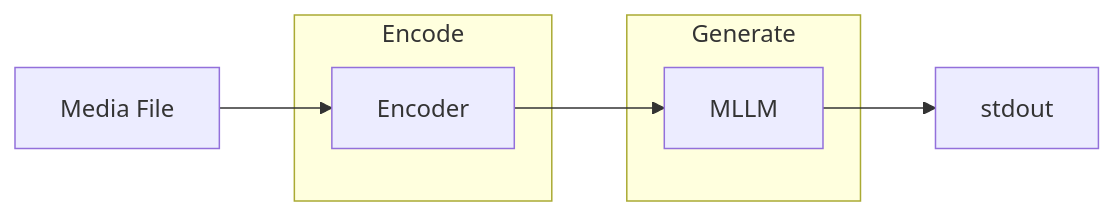
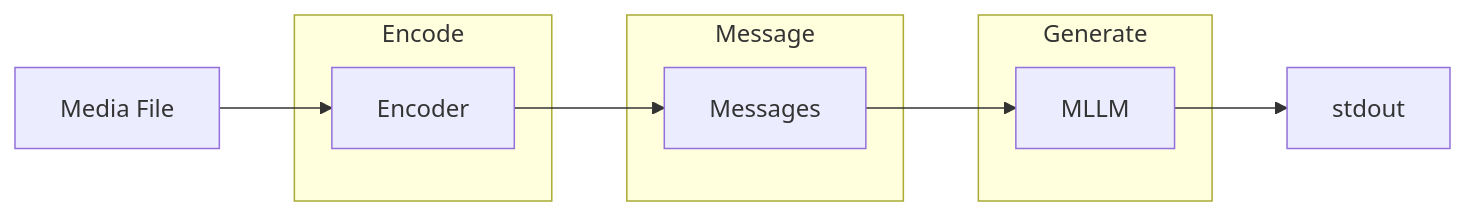
One commit to vlm-run/mm changed the diagram in docs/PIPELINES.md. Above: the diagram before and after it, drawn with Mermaid. The commit also changed 1 other file, not shown here.

Commit message:
use a message block with subgroups

````diff
--- a/docs/PIPELINES.md
+++ b/docs/PIPELINES.md
@@ -6,16 +6,20 @@
 ```mermaid
 graph LR
   file["Media File"]
 
   subgraph encode ["Encode"]
     encoder["Encoder"]
   end
 
+  subgraph message ["Message"]
+    msg["Messages"]
+  end
+
   subgraph generate ["Generate"]
     llm["MLLM"]
   end
 
   out["stdout"]
 
-  file --> encoder --> llm --> out
+  file --> encoder --> msg --> llm --> out
 ```
````
